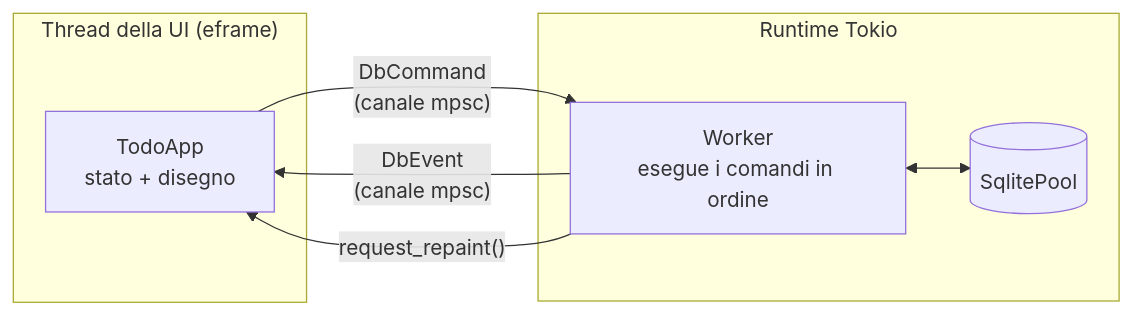
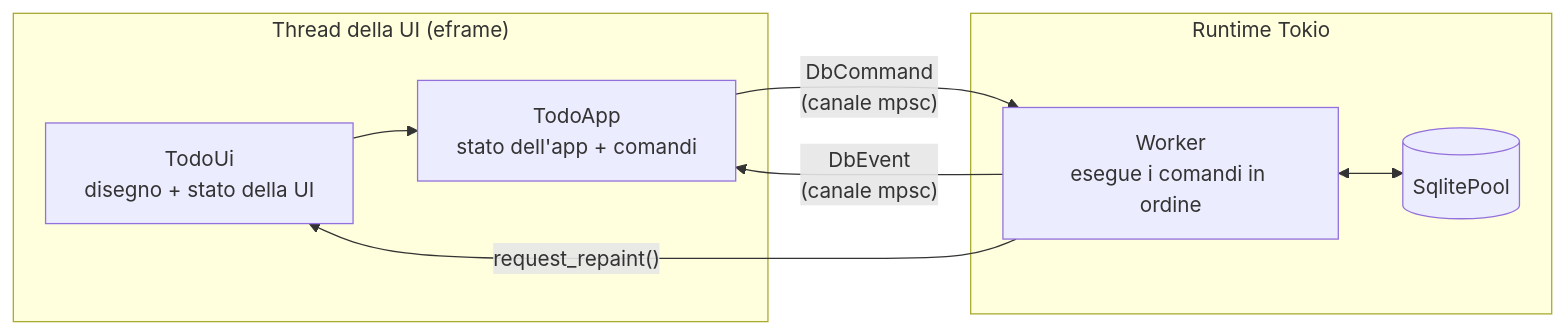
Before and after one commit to marc0x71/esempio-egui-sqlx: the first of 4 diagrams in README.md, drawn with Mermaid. The commit also changed other lines of this file, not shown here.

Commit message:
docs(readme): update architecture to the layered design and add testing section

````diff
--- a/README.md
+++ b/README.md
@@ -19,16 +19,18 @@
 ```mermaid
 flowchart LR
     subgraph UI["Thread della UI (eframe)"]
-        App["TodoApp<br/>stato + disegno"]
+        Ui["TodoUi<br/>disegno + stato della UI"]
+        App["TodoApp<br/>stato dell'app + comandi"]
+        Ui --> App
     end
 
     subgraph RT["Runtime Tokio"]
         Worker["Worker<br/>esegue i comandi in ordine"]
         Pool[("SqlitePool")]
     end
 
     App -- "DbCommand<br/>(canale mpsc)" --> Worker
     Worker -- "DbEvent<br/>(canale mpsc)" --> App
-    Worker -- "request_repaint()" --> App
+    Worker -- "request_repaint()" --> Ui
     Worker <--> Pool
 ```
````
